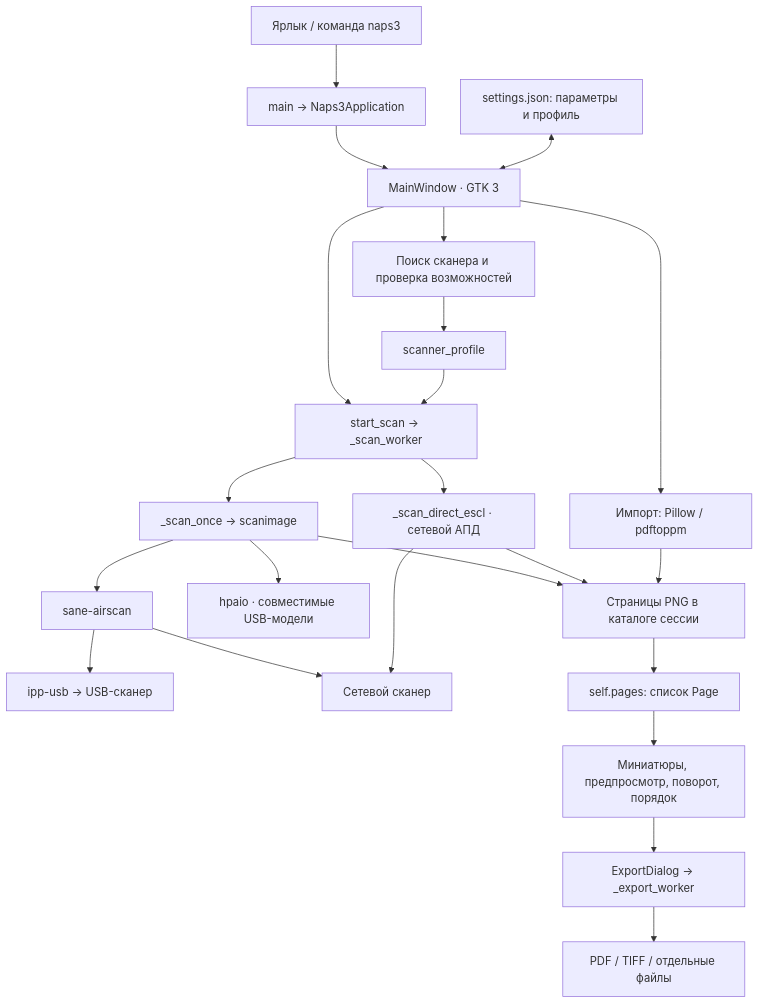
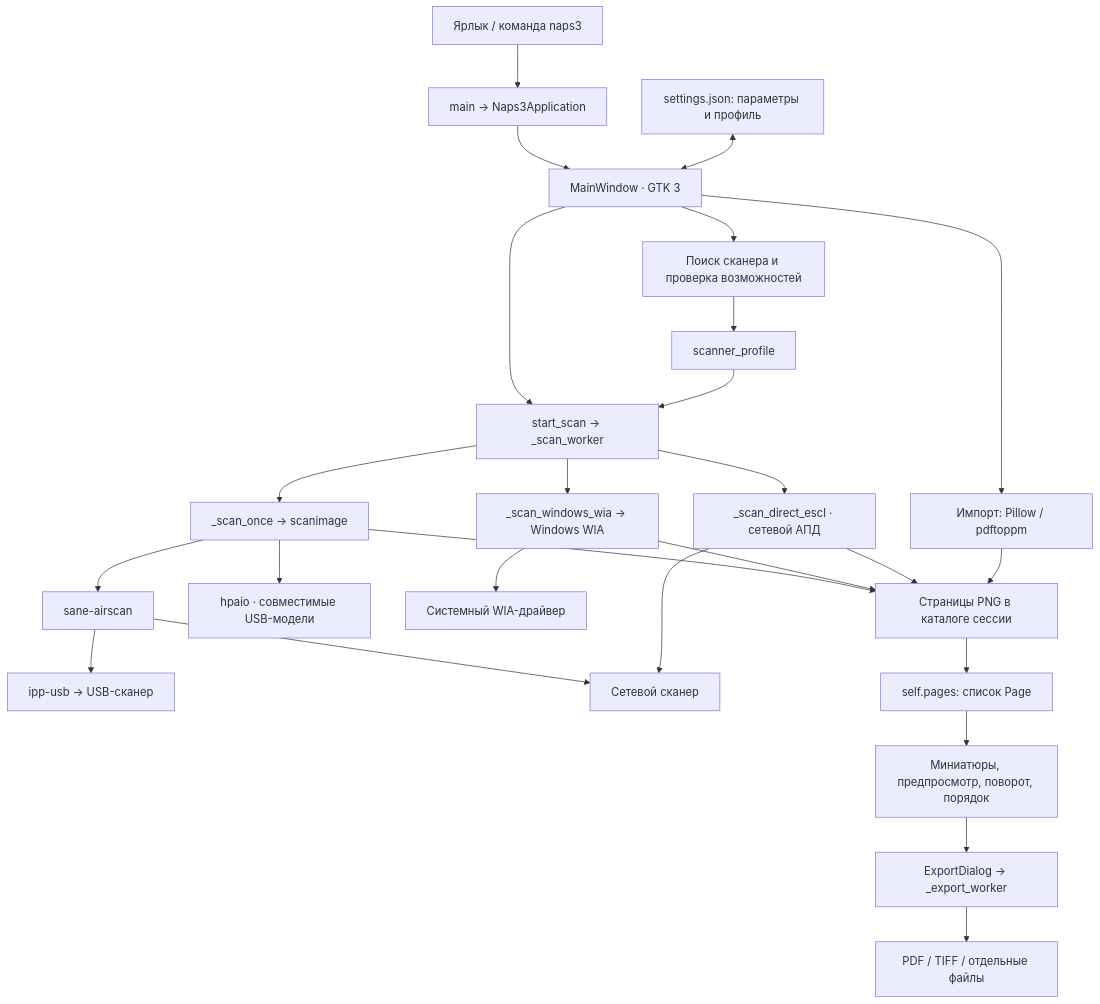
Before and after one commit to Kostya5232/naps3-redos: the first of 3 diagrams in PROGRAM_MAP.md, drawn with Mermaid. The commit also changed other lines of this file and 19 other files, not shown here.

Commit message:
Добавить поддержку Windows через WIA

````diff
--- a/PROGRAM_MAP.md
+++ b/PROGRAM_MAP.md
@@ -13,25 +13,28 @@
 ```mermaid
 flowchart TD
     Launch["Ярлык / команда naps3"] --> Main["main → Naps3Application"]
     Main --> UI["MainWindow · GTK 3"]
     Settings["settings.json: параметры и профиль"] <--> UI
     UI --> Discovery["Поиск сканера и проверка возможностей"]
     Discovery --> Profile["scanner_profile"]
     UI --> Scan["start_scan → _scan_worker"]
     Profile --> Scan
     Scan --> SANE["_scan_once → scanimage"]
+    Scan --> WIA["_scan_windows_wia → Windows WIA"]
     Scan --> ESCL["_scan_direct_escl · сетевой АПД"]
     SANE --> Airscan["sane-airscan"]
     SANE --> Hpaio["hpaio · совместимые USB-модели"]
     Airscan --> Proxy["ipp-usb → USB-сканер"]
     Airscan --> Network["Сетевой сканер"]
     ESCL --> Network
+    WIA --> WinDriver["Системный WIA-драйвер"]
     SANE --> PNG["Страницы PNG в каталоге сессии"]
+    WIA --> PNG
     ESCL --> PNG
     UI --> Import["Импорт: Pillow / pdftoppm"]
     Import --> PNG
     PNG --> Pages["self.pages: список Page"]
     Pages --> Edit["Миниатюры, предпросмотр, поворот, порядок"]
     Edit --> Export["ExportDialog → _export_worker"]
     Export --> Files["PDF / TIFF / отдельные файлы"]
 ```
````
